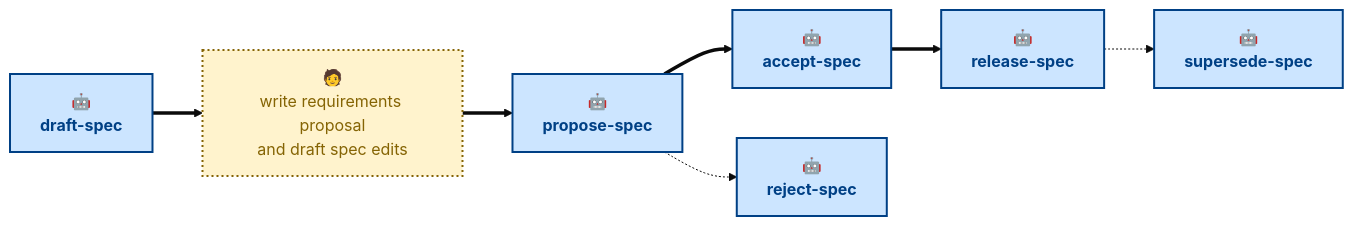
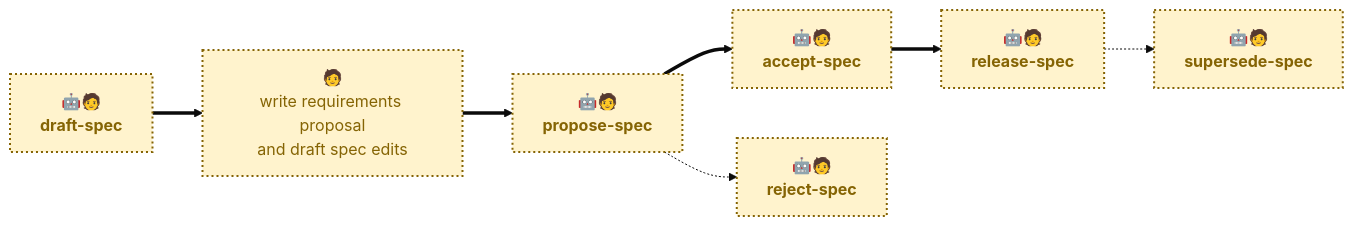
One commit to kieranpotts/specs changed the diagram in .agents/skills/README.md. Above: the diagram before and after it, drawn with Mermaid (base theme). The commit also changed other lines of this file and 12 other files, not shown here.

````diff
--- a/.agents/skills/README.md
+++ b/.agents/skills/README.md
@@ -39,21 +43,21 @@
 ```mermaid
 flowchart LR
-  draft["🤖<br/><b>draft-spec</b>"]:::agentic
+  draft["🤖🧑<br/><b>draft-spec</b>"]:::anthropic
   write["🧑<br/>write requirements proposal<br/>and draft spec edits"]:::anthropic
-  propose["🤖<br/><b>propose-spec</b>"]:::agentic
-  accept["🤖<br/><b>accept-spec</b>"]:::agentic
-  release["🤖<br/><b>release-spec</b>"]:::agentic
-  supersede["🤖<br/><b>supersede-spec</b>"]:::agentic
-  reject["🤖<br/><b>reject-spec</b>"]:::agentic
+  propose["🤖🧑<br/><b>propose-spec</b>"]:::anthropic
+  accept["🤖🧑<br/><b>accept-spec</b>"]:::anthropic
+  release["🤖🧑<br/><b>release-spec</b>"]:::anthropic
+  supersede["🤖🧑<br/><b>supersede-spec</b>"]:::anthropic
+  reject["🤖🧑<br/><b>reject-spec</b>"]:::anthropic
 
   draft ==> write
   write ==> propose
   propose ==> accept
   accept ==> release
   release -.-> supersede
   propose -.-> reject
 
   classDef agentic fill:#cce5ff,stroke:#004085,color:#004085,stroke-width:2px
   classDef scripted fill:#e2e3e5,stroke:#4b5157,color:#383d41,stroke-width:2px
   classDef anthropic fill:#fff3cd,stroke:#856404,color:#856404,stroke-width:2px,stroke-dasharray:2 3
 ```
````
